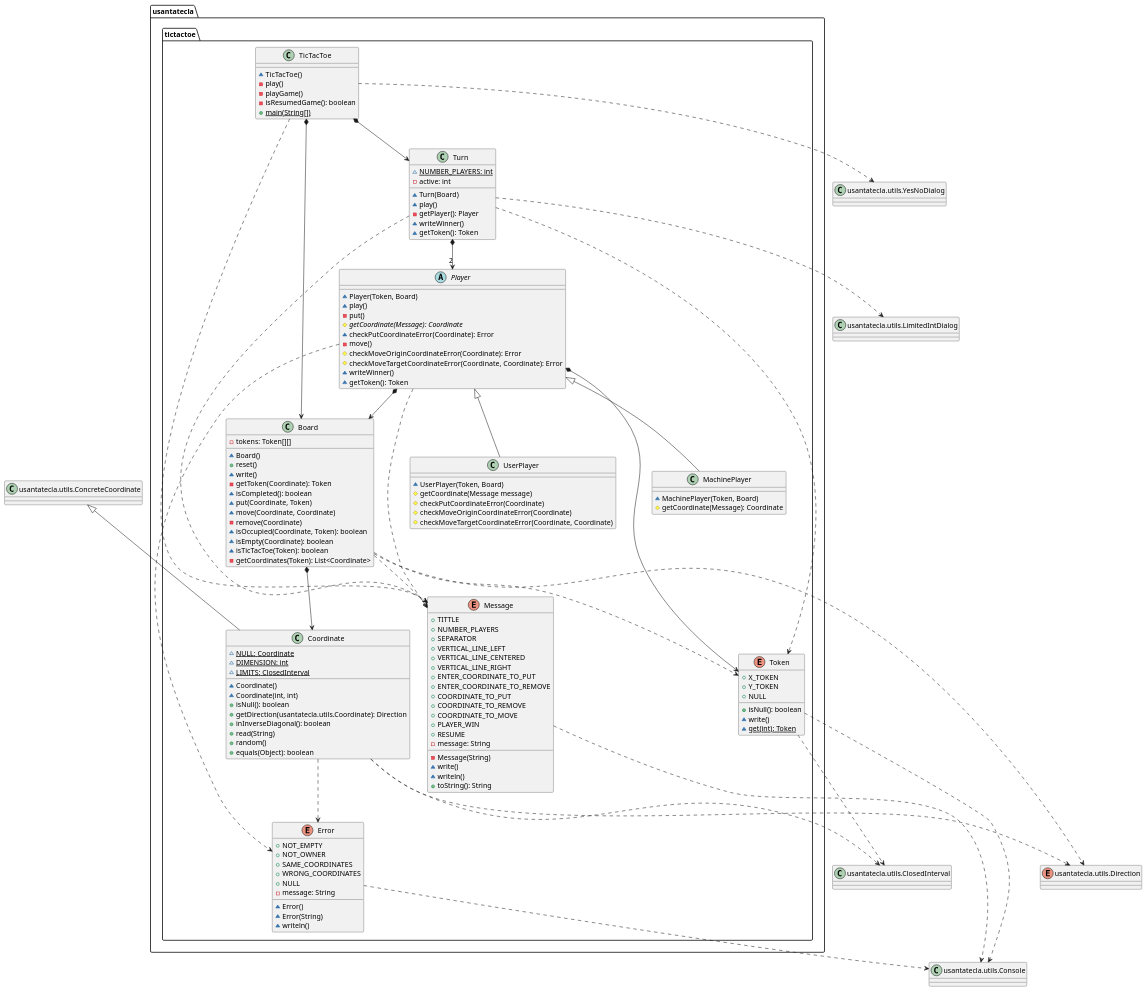
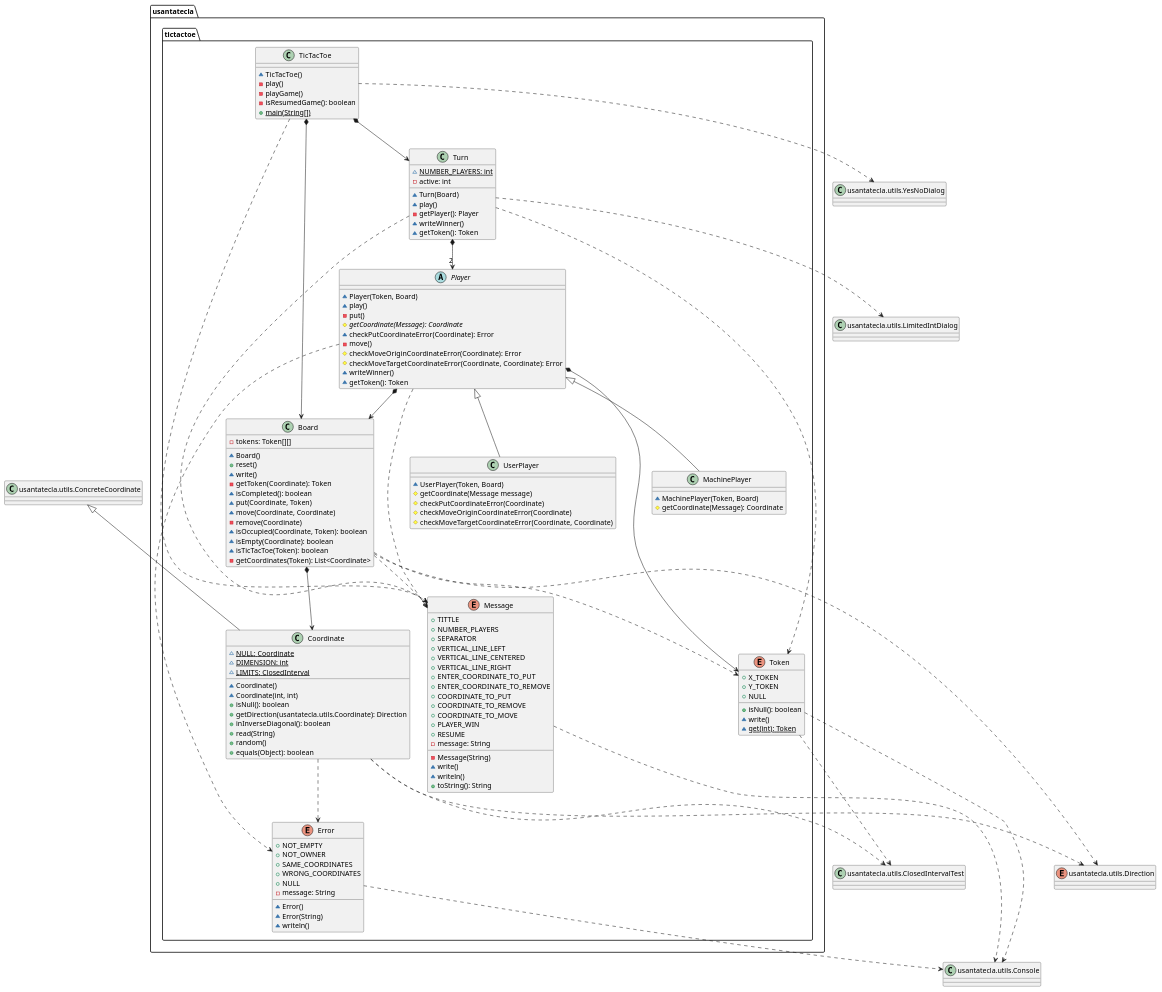
One commit to Jolucaa/USantaTecla-project-ticTacToe changed the first of 2 diagrams in domainModel/docs/diagrams/src/paquetes.plantuml. Above: the diagram before and after it, drawn with PlantUML. The commit also changed 12 other files, not shown here.

Commit message:
Tests domainModel usantatecla.utils implemented

```diff
--- a/domainModel/docs/diagrams/src/paquetes.plantuml
+++ b/domainModel/docs/diagrams/src/paquetes.plantuml
@@ -1,182 +1,182 @@
 @startuml tictactoe
 namespace usantatecla.tictactoe {
 class Board {
 	- tokens: Token[][] 
 	~ Board()
 	+ reset() 
 	~ write() 
 	- getToken(Coordinate): Token 
 	~ isCompleted(): boolean 
 	~ put(Coordinate, Token) 
 	~ move(Coordinate, Coordinate) 
 	- remove(Coordinate) 
 	~ isOccupied(Coordinate, Token): boolean 
 	~ isEmpty(Coordinate): boolean
 	~ isTicTacToe(Token): boolean
 	- getCoordinates(Token): List<Coordinate> 
 }
 
 class Coordinate {
 	~ NULL: {static} Coordinate
 	~ DIMENSION: {static} int 
 	~ LIMITS: {static} ClosedInterval 
 	~ Coordinate()
 	~ Coordinate(int, int)
 	+ isNull(): boolean 
 	+ getDirection(usantatecla.utils.Coordinate): Direction 
 	+ inInverseDiagonal(): boolean 
 	+ read(String)
 	+ random() 
 	+ equals(Object): boolean 
 }
 
 enum Error {
 
 	+ NOT_EMPTY
 	+ NOT_OWNER
 	+ SAME_COORDINATES
 	+ WRONG_COORDINATES
 	+ NULL
 	- message: String 
 	~ Error()
 	~ Error(String)
 	~ writeln()
 }
 
 class MachinePlayer {
 	~ MachinePlayer(Token, Board)
 	# getCoordinate(Message): Coordinate 
 }
 
 enum Message {
 	+ TITTLE
 	+ NUMBER_PLAYERS
 	+ SEPARATOR
 	+ VERTICAL_LINE_LEFT
 	+ VERTICAL_LINE_CENTERED
 	+ VERTICAL_LINE_RIGHT
 	+ ENTER_COORDINATE_TO_PUT
 	+ ENTER_COORDINATE_TO_REMOVE
 	+ COORDINATE_TO_PUT
 	+ COORDINATE_TO_REMOVE
 	+ COORDINATE_TO_MOVE
 	+ PLAYER_WIN
 	+ RESUME
 	- message: String 
 	- Message(String)
 	~ write()
 	~ writeln()
 	+ toString(): String 
 }
 
 
 abstract class Player {
 	~ Player(Token, Board)
 	~ play()
 	- put()
 	# {abstract} getCoordinate(Message): Coordinate 
 	~ checkPutCoordinateError(Coordinate): Error 
 	- move()
 	# checkMoveOriginCoordinateError(Coordinate): Error 
 	# checkMoveTargetCoordinateError(Coordinate, Coordinate): Error 
 	~ writeWinner()
 	~ getToken(): Token 
 }
 
 class TicTacToe{
     ~ TicTacToe()
 	- play()
     - playGame()
 	- isResumedGame(): boolean
 	+ {static} main(String[])
 }
 
 enum Token {
 	+ X_TOKEN
 	+ Y_TOKEN
 	+ NULL
     + isNull(): boolean 
     ~ write()
     ~ {static} get(int): Token 
 }
 
 class Turn {
 	~ NUMBER_PLAYERS: {static} int 
 	- active: int 
 	~ Turn(Board)
 	~ play()
 	- getPlayer(): Player 
 	~ writeWinner()
 	~ getToken(): Token  
 }
 
 class UserPlayer extends Player {
 	~ UserPlayer(Token, Board)
 	# getCoordinate(Message message)
 	# checkPutCoordinateError(Coordinate) 
 	# checkMoveOriginCoordinateError(Coordinate)
 	# checkMoveTargetCoordinateError(Coordinate, Coordinate)
 }
 
 TicTacToe *-down-> Board 
 TicTacToe *-down-> Turn 
 
 Board .down.> Token
 Turn .down.> Token
 Player *-down-> Token
 Player *-down-> Board 
 Turn *-down-> "2" Player 
 Board *-down-> Coordinate 
 Player <|-down- MachinePlayer
 Coordinate .down.> Error
 Player .down.> Error
 Board .down.> Message
 Player .down.> Message
 TicTacToe .down.> Message
 Turn .down.> Message
 
 }
 
 class ConcreteCoordinate as "usantatecla.utils.ConcreteCoordinate"{
 
 }
 
-class ClosedInterval as "usantatecla.utils.ClosedInterval"{
+class ClosedInterval as "usantatecla.utils.ClosedIntervalTest"{
 	
 }
 
 class Console as "usantatecla.utils.Console"{
 	
 }
 
 class LimitedIntDialog as "usantatecla.utils.LimitedIntDialog"{
 	
 }
 
 class YesNoDialog as "usantatecla.utils.YesNoDialog"{
 	
 }
 
 enum Direction as "usantatecla.utils.Direction"{
 	
 }
 
 ConcreteCoordinate <|-down- usantatecla.tictactoe.Coordinate
 
 usantatecla.tictactoe.Coordinate .down.> ClosedInterval
 usantatecla.tictactoe.Token .down.> ClosedInterval
 
 
 usantatecla.tictactoe.Error .down.> Console
 usantatecla.tictactoe.Message .down.> Console
 usantatecla.tictactoe.Token .down.> Console
 
 
 
 usantatecla.tictactoe.Turn .down.> LimitedIntDialog
 usantatecla.tictactoe.TicTacToe .down.> YesNoDialog
 
 usantatecla.tictactoe.Board .down.> Direction
 usantatecla.tictactoe.Coordinate .down.> Direction
 
 @enduml
```
